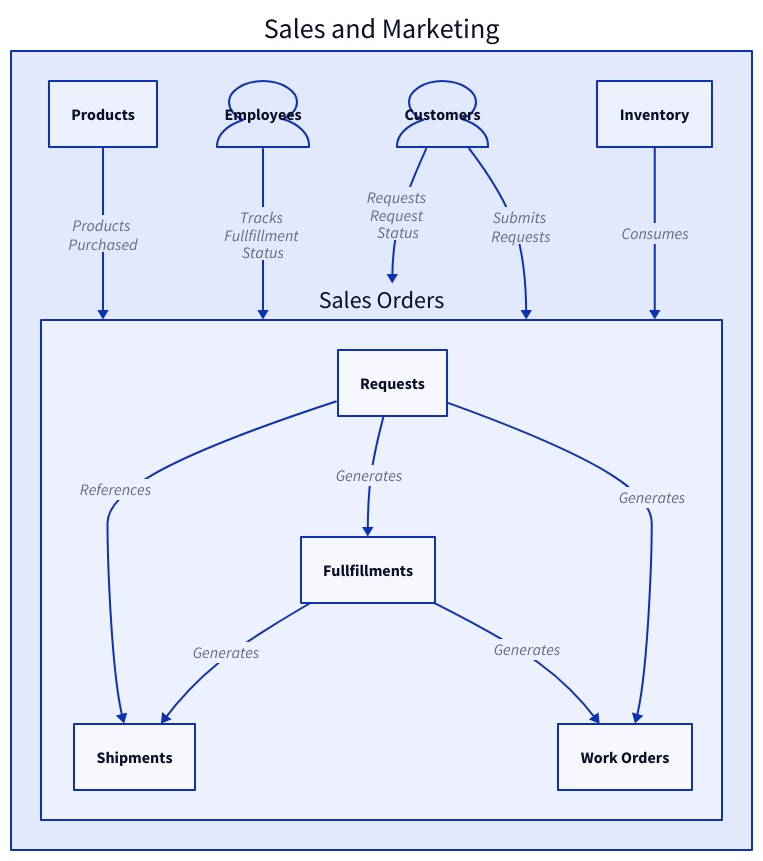
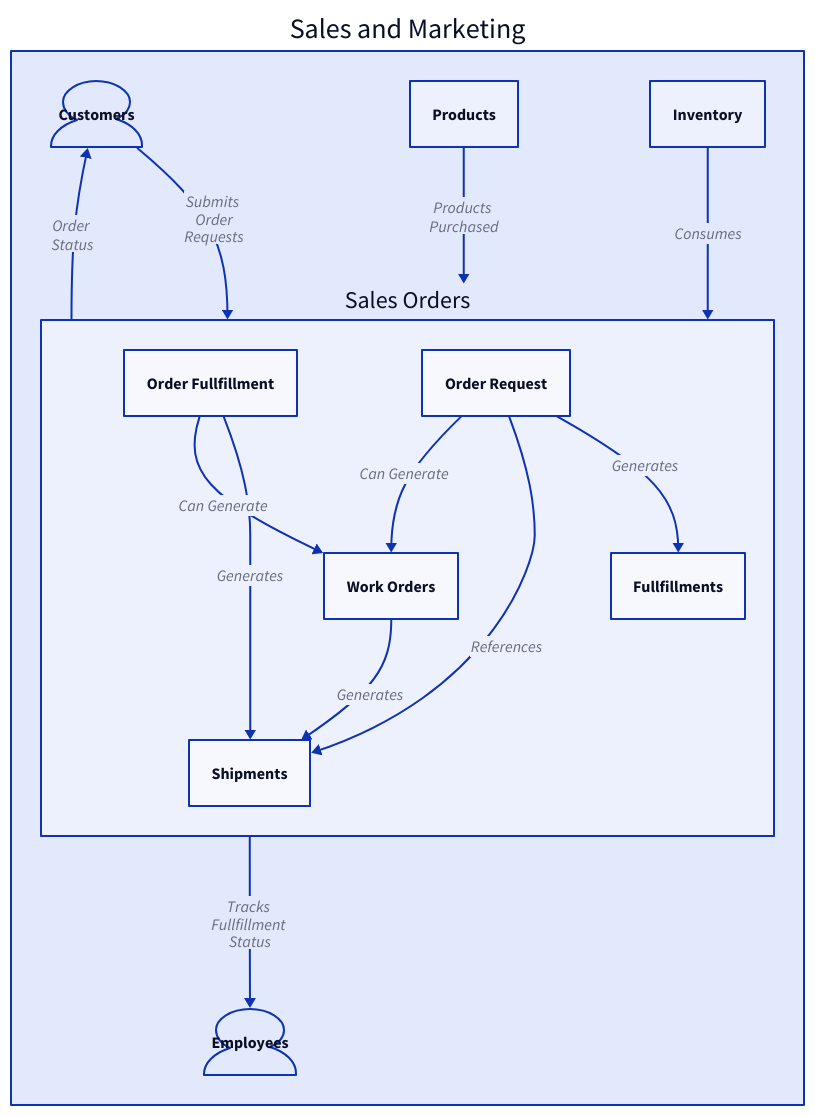
One commit to txd220/td_domain_context changed the diagram in Sales Order/SalesOrderExpanded.d2. Above: the diagram before and after it, drawn with D2. The commit also changed 1 other file, not shown here.

Commit message:
Tweaked sales order to show better relationships for work order and shipments

```diff
--- a/Sales Order/SalesOrderExpanded.d2
+++ b/Sales Order/SalesOrderExpanded.d2
@@ -1,43 +1,44 @@
 Sales and Marketing: {
     Customers: {
         shape: Person
     }
     Employees: {
         shape: Person
     }
     Sales Orders: {
-        Requests
-        Fullfillments
+        Order Request
+        Order Fullfillment
+        Work Orders
         Shipments
-        Work Orders
-        Requests -> Fullfillments: Generates
-        Fullfillments -> Shipments: Generates
-        Requests -> Shipments: References
-        Requests -> Work Orders: Generates
-        Fullfillments -> Work Orders: Generates
+        Order Request -> Fullfillments: Generates
+        Order Fullfillment -> Shipments: Generates
+        Order Request -> Shipments: References
+        Order Request -> Work Orders: Can Generate
+        Order Fullfillment -> Work Orders: Can Generate
+        Work Orders -> Shipments: Generates
     }
   
     Products
 
     Inventory
 
     Inventory -> Sales Orders: Consumes
     Customers -> Sales Orders: |md
      Submits 
+     Order
      Requests
     |
-    Customers -> Sales Orders: |md
-    Requests 
-    Request 
+    Sales Orders -> Customers: |md 
+    Order 
     Status
     |
-    Employees -> Sales Orders: |md 
+    Sales Orders -> Employees: |md 
     Tracks 
     Fullfillment 
     Status
     |
     Products -> Sales Orders: |md
     Products 
     Purchased
     |
 }
```
